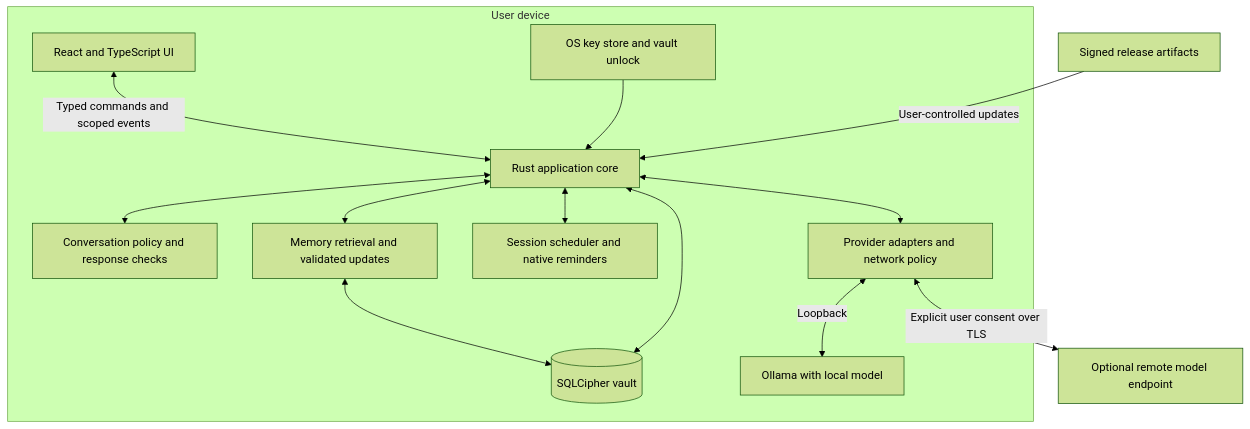
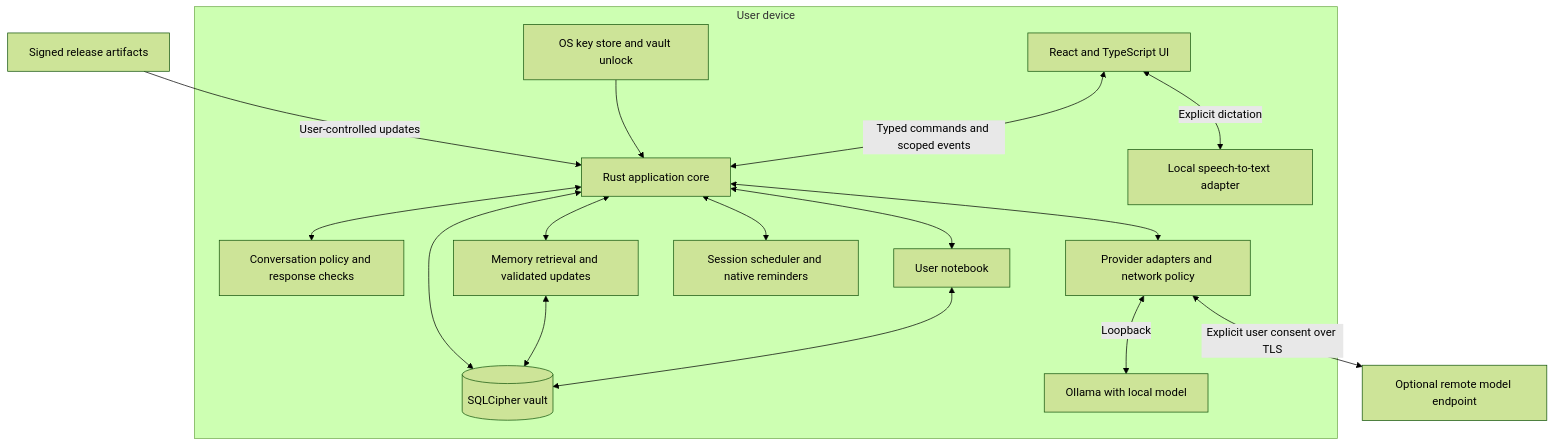
Before and after one commit to kreatzzz/openmind: the first of 2 diagrams in docs/architecture.md, drawn with Mermaid (forest theme). The commit also changed other lines of this file and 8 other files, not shown here.

````diff
--- a/docs/architecture.md
+++ b/docs/architecture.md
@@ -9,27 +9,32 @@
 ```mermaid
 flowchart TB
     subgraph Device[User device]
         UI[React and TypeScript UI]
         Core[Rust application core]
         Policy[Conversation policy and response checks]
         Memory[Memory retrieval and validated updates]
+        Notes[User notebook]
+        Speech[Local speech-to-text adapter]
         Vault[(SQLCipher vault)]
         Keys[OS key store and vault unlock]
         Schedule[Session scheduler and native reminders]
         Router[Provider adapters and network policy]
         Ollama[Ollama with local model]
         UI <-->|Typed commands and scoped events| Core
         Core <--> Policy
         Core <--> Memory
+        Core <--> Notes
+        Notes <--> Vault
+        UI <-->|Explicit dictation| Speech
         Memory <--> Vault
         Core <--> Vault
         Keys --> Core
         Core <--> Schedule
         Core <--> Router
         Router <-->|Loopback| Ollama
     end
     Remote[Optional remote model endpoint]
     Releases[Signed release artifacts]
     Router <-->|Explicit user consent over TLS| Remote
     Releases -->|User-controlled updates| Core
 ```
````
